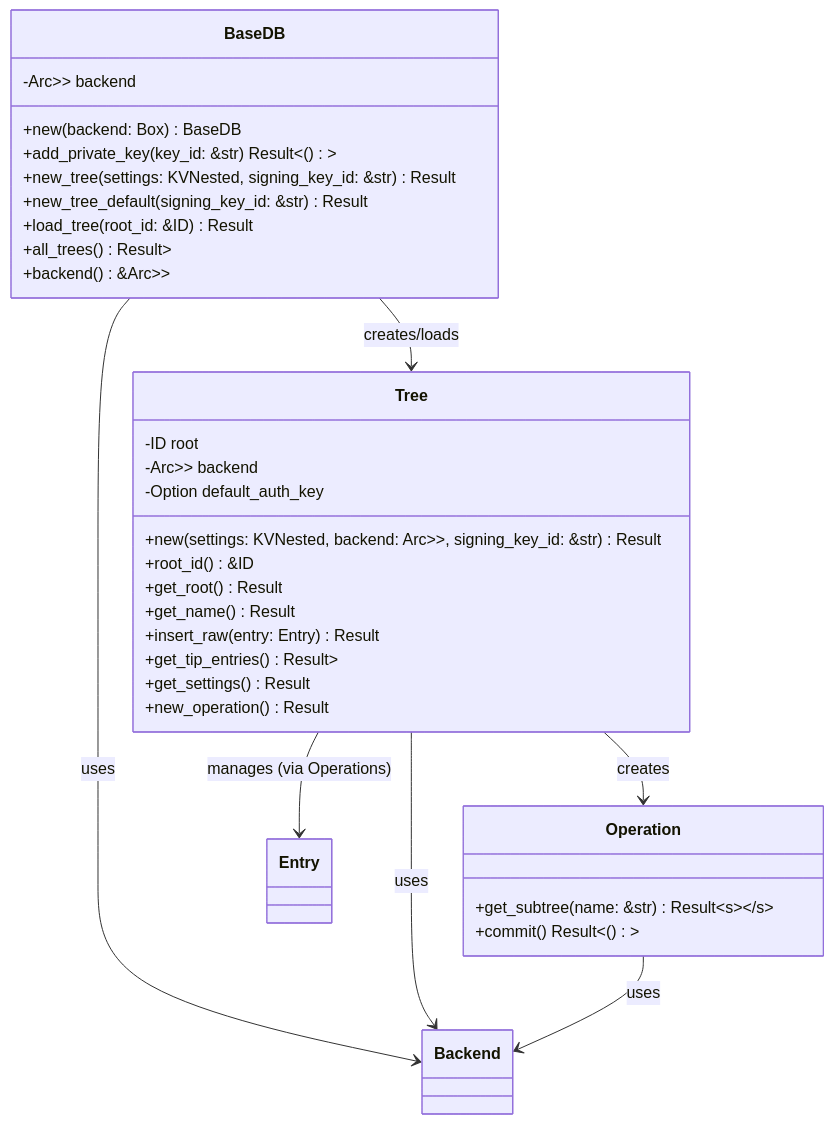
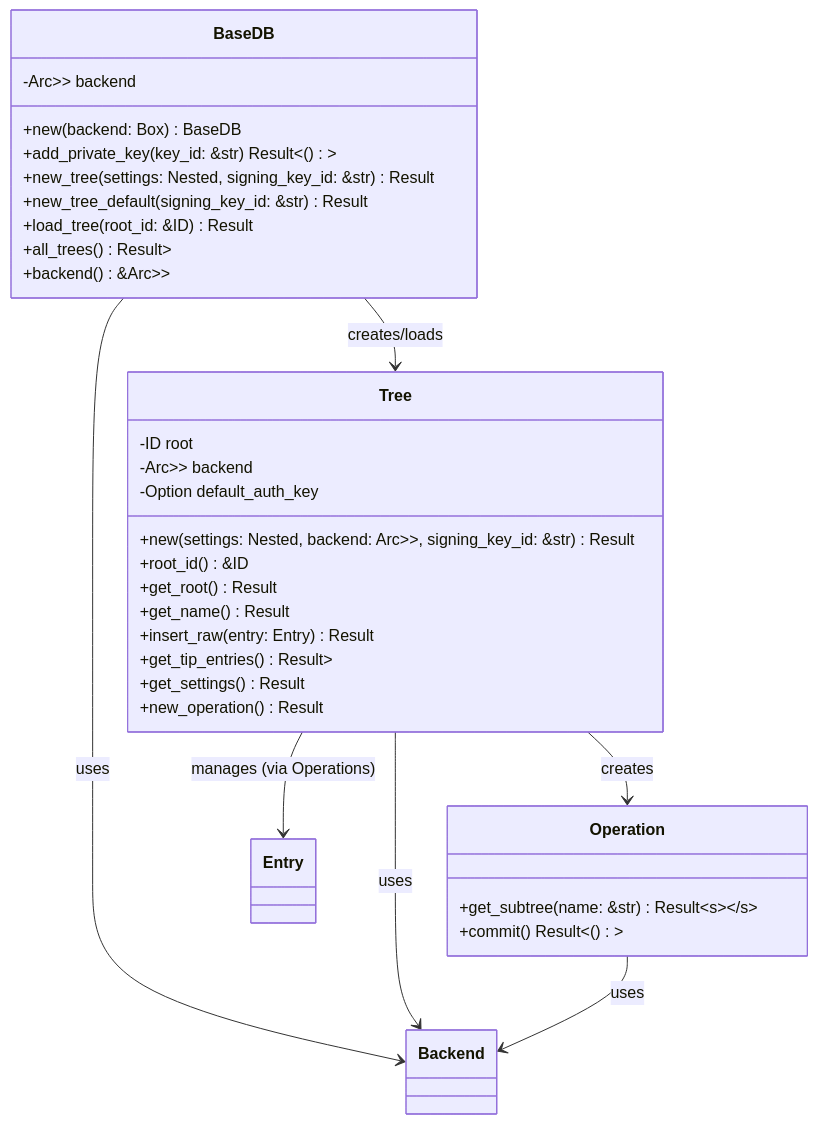
The diagram in docs/src/internal/core_components/basedb_tree.md (arcuru/eidetica), drawn with Mermaid before and after one commit. The commit also changed other lines of this file and 12 other files, not shown here.

````diff
--- a/docs/src/internal/core_components/basedb_tree.md
+++ b/docs/src/internal/core_components/basedb_tree.md
@@ -5,39 +5,39 @@
 ```mermaid
 classDiagram
     class BaseDB {
         -Arc<Mutex<Box<dyn Backend>>> backend
         +new(backend: Box<dyn Backend>) BaseDB
         +add_private_key(key_id: &str) Result<()>
-        +new_tree(settings: KVNested, signing_key_id: &str) Result<Tree>
+        +new_tree(settings: Nested, signing_key_id: &str) Result<Tree>
         +new_tree_default(signing_key_id: &str) Result<Tree>
         +load_tree(root_id: &ID) Result<Tree>
         +all_trees() Result<Vec<Tree>>
         +backend() &Arc<Mutex<Box<dyn Backend>>>
     }
 
     class Tree {
         -ID root
         -Arc<Mutex<Box<dyn Backend>>> backend
         -Option<String> default_auth_key
-        +new(settings: KVNested, backend: Arc<Mutex<Box<dyn Backend>>>, signing_key_id: &str) Result<Tree>
+        +new(settings: Nested, backend: Arc<Mutex<Box<dyn Backend>>>, signing_key_id: &str) Result<Tree>
         +root_id() &ID
         +get_root() Result<Entry>
         +get_name() Result<String>
         +insert_raw(entry: Entry) Result<ID>
         +get_tip_entries() Result<Vec<Entry>>
-        +get_settings() Result<KVNested>
+        +get_settings() Result<Nested>
         +new_operation() Result<Operation>
     }
 
     class Operation {
         +get_subtree<S: SubtreeType>(name: &str) Result<S>
         +commit() Result<()>
     }
 
     BaseDB --> Tree : creates/loads
     BaseDB --> Backend : uses
     Tree --> Backend : uses
     Tree --> Entry : manages (via Operations)
     Tree --> Operation : creates
     Operation --> Backend : uses
 ```
````
